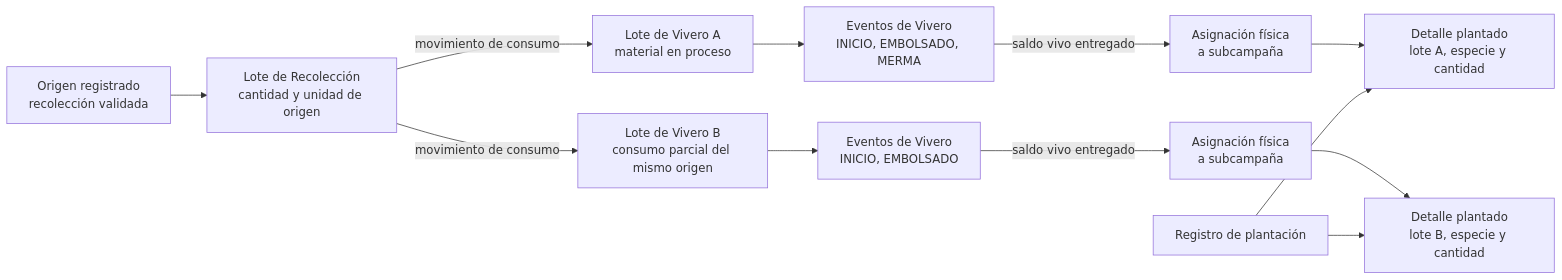
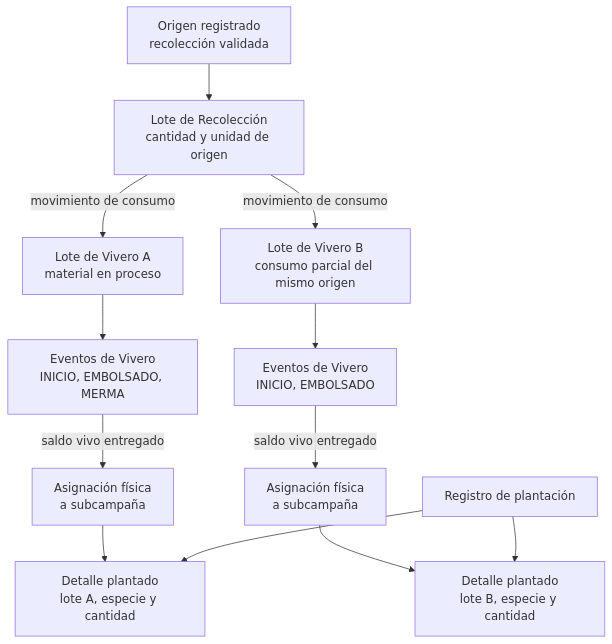
The second of 18 diagrams in documentacion-grado/06_entregables/proyecto_grado/03_2_fase_elaboracion.md (R3foresta/r3foresta-docs), drawn with Mermaid before and after one commit. The commit also changed other lines of this file and 672 other files, not shown here.

````diff
--- a/documentacion-grado/06_entregables/proyecto_grado/03_2_fase_elaboracion.md
+++ b/documentacion-grado/06_entregables/proyecto_grado/03_2_fase_elaboracion.md
@@ -93,26 +94,26 @@
 ```mermaid
-flowchart LR
+flowchart TB
   O[Origen registrado<br/>recolección validada]
   LR[Lote de Recolección<br/>cantidad y unidad de origen]
   LV1[Lote de Vivero A<br/>material en proceso]
   LV2[Lote de Vivero B<br/>consumo parcial del mismo origen]
   EV1[Eventos de Vivero<br/>INICIO, EMBOLSADO, MERMA]
   EV2[Eventos de Vivero<br/>INICIO, EMBOLSADO]
   A1[Asignación física<br/>a subcampaña]
   A2[Asignación física<br/>a subcampaña]
   P[Registro de plantación]
   D1[Detalle plantado<br/>lote A, especie y cantidad]
   D2[Detalle plantado<br/>lote B, especie y cantidad]
 
   O --> LR
   LR -->|movimiento de consumo| LV1
   LR -->|movimiento de consumo| LV2
   LV1 --> EV1
   LV2 --> EV2
   EV1 -->|saldo vivo entregado| A1
   EV2 -->|saldo vivo entregado| A2
   A1 --> D1
   A2 --> D2
   P --> D1
   P --> D2
 ```
````
